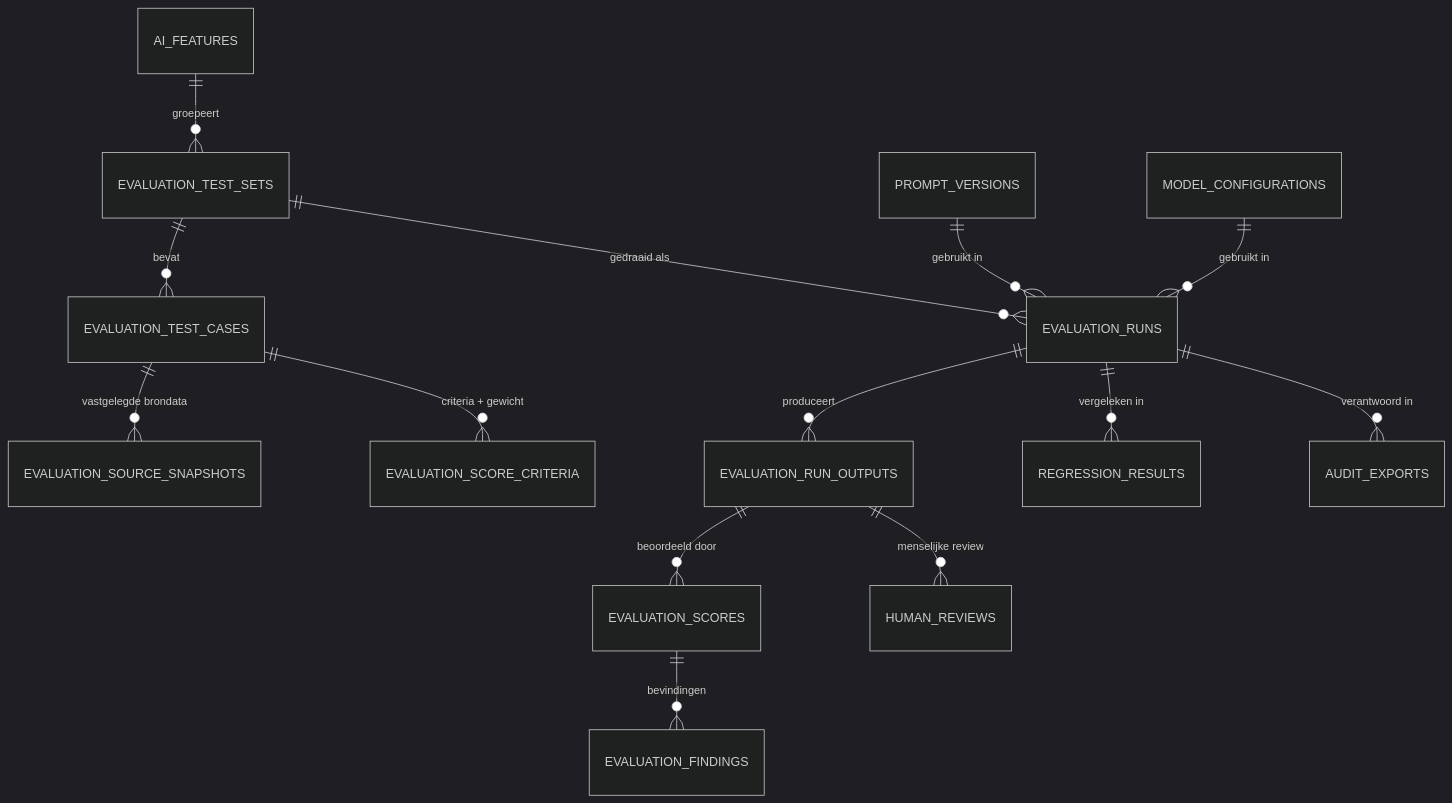
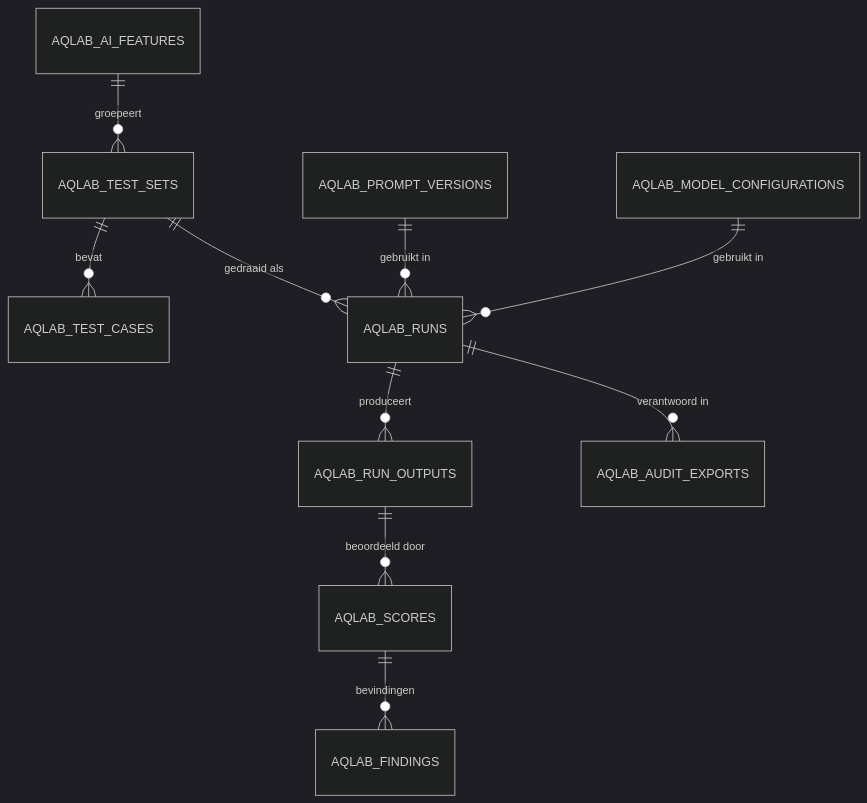
Before and after one commit to merlinijzerman/Bestuurdersportaal: the sixth of 6 diagrams in AI-QUALITY-LAB-ARCHITECTUUR.md, drawn with Mermaid (dark theme). The commit also changed other lines of this file and 21 other files, not shown here.

````diff
--- a/AI-QUALITY-LAB-ARCHITECTUUR.md
+++ b/AI-QUALITY-LAB-ARCHITECTUUR.md
@@ -272,16 +283,12 @@
 ```mermaid
 erDiagram
-  AI_FEATURES ||--o{ EVALUATION_TEST_SETS : "groepeert"
-  EVALUATION_TEST_SETS ||--o{ EVALUATION_TEST_CASES : "bevat"
-  EVALUATION_TEST_CASES ||--o{ EVALUATION_SOURCE_SNAPSHOTS : "vastgelegde brondata"
-  EVALUATION_TEST_CASES ||--o{ EVALUATION_SCORE_CRITERIA : "criteria + gewicht"
-  PROMPT_VERSIONS ||--o{ EVALUATION_RUNS : "gebruikt in"
-  MODEL_CONFIGURATIONS ||--o{ EVALUATION_RUNS : "gebruikt in"
-  EVALUATION_TEST_SETS ||--o{ EVALUATION_RUNS : "gedraaid als"
-  EVALUATION_RUNS ||--o{ EVALUATION_RUN_OUTPUTS : "produceert"
-  EVALUATION_RUN_OUTPUTS ||--o{ EVALUATION_SCORES : "beoordeeld door"
-  EVALUATION_SCORES ||--o{ EVALUATION_FINDINGS : "bevindingen"
-  EVALUATION_RUN_OUTPUTS ||--o{ HUMAN_REVIEWS : "menselijke review"
-  EVALUATION_RUNS ||--o{ REGRESSION_RESULTS : "vergeleken in"
-  EVALUATION_RUNS ||--o{ AUDIT_EXPORTS : "verantwoord in"
+  AQLAB_AI_FEATURES ||--o{ AQLAB_TEST_SETS : "groepeert"
+  AQLAB_TEST_SETS ||--o{ AQLAB_TEST_CASES : "bevat"
+  AQLAB_PROMPT_VERSIONS ||--o{ AQLAB_RUNS : "gebruikt in"
+  AQLAB_MODEL_CONFIGURATIONS ||--o{ AQLAB_RUNS : "gebruikt in"
+  AQLAB_TEST_SETS ||--o{ AQLAB_RUNS : "gedraaid als"
+  AQLAB_RUNS ||--o{ AQLAB_RUN_OUTPUTS : "produceert"
+  AQLAB_RUN_OUTPUTS ||--o{ AQLAB_SCORES : "beoordeeld door"
+  AQLAB_SCORES ||--o{ AQLAB_FINDINGS : "bevindingen"
+  AQLAB_RUNS ||--o{ AQLAB_AUDIT_EXPORTS : "verantwoord in"
 ```
````
